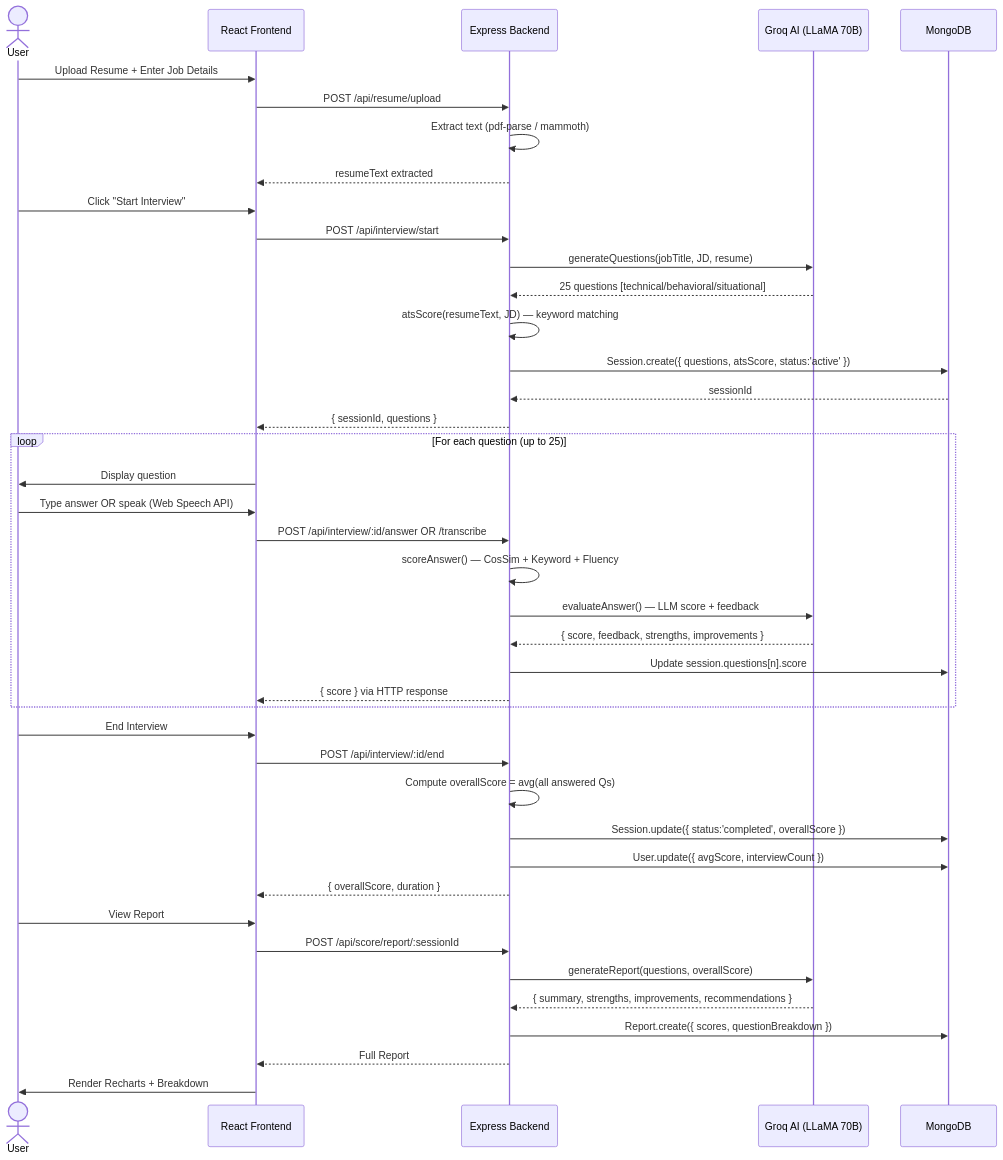
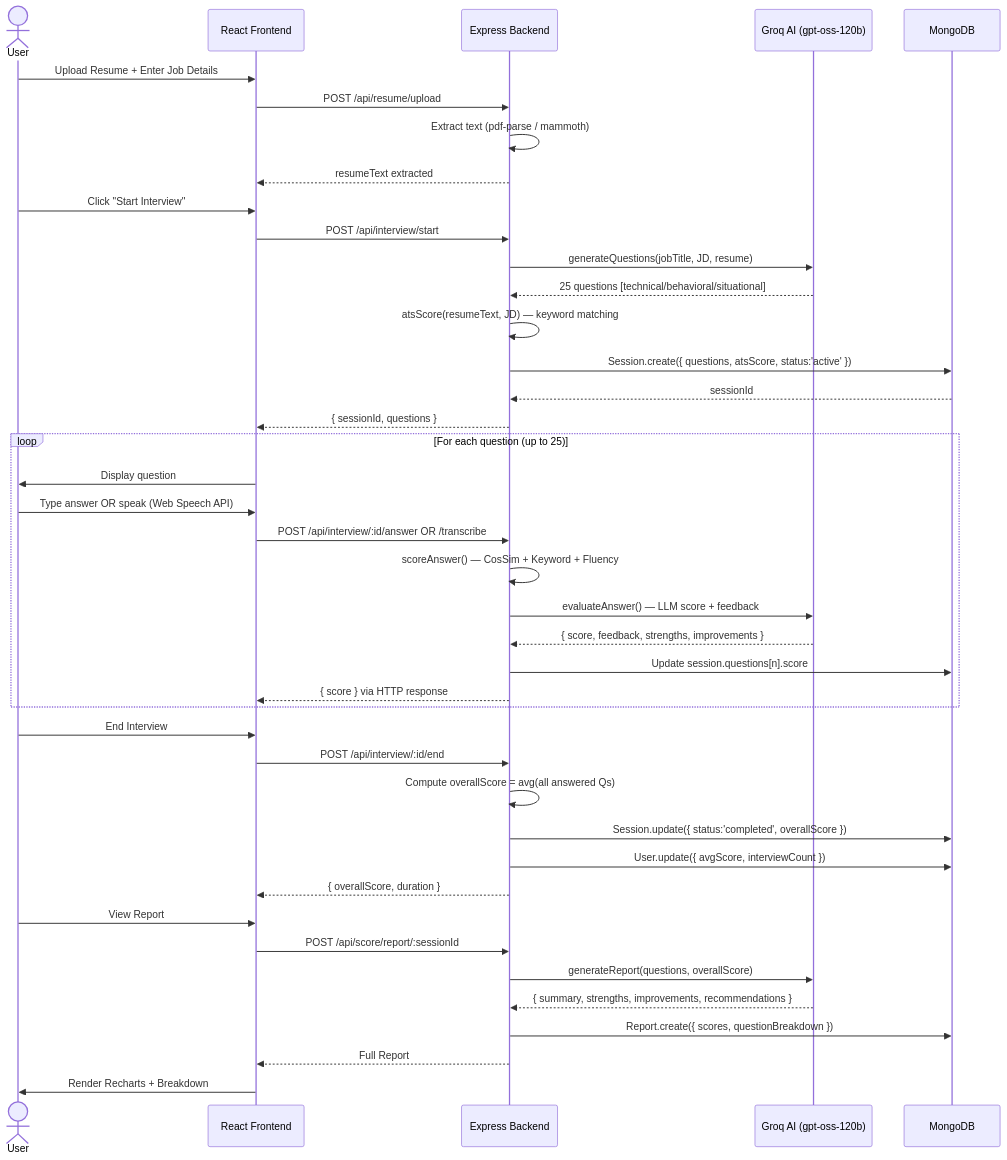
The second of 6 diagrams in README.md (a-negi1/InterviewAI), drawn with Mermaid before and after one commit. The commit also changed other lines of this file and 2 other files, not shown here.

````diff
--- a/README.md
+++ b/README.md
@@ -69,48 +69,48 @@
 ```mermaid
 sequenceDiagram
     actor User
     participant FE as React Frontend
     participant API as Express Backend
-    participant Groq as Groq AI (LLaMA 70B)
+    participant Groq as Groq AI (gpt-oss-120b)
     participant DB as MongoDB
 
     User->>FE: Upload Resume + Enter Job Details
     FE->>API: POST /api/resume/upload
     API->>API: Extract text (pdf-parse / mammoth)
     API-->>FE: resumeText extracted
 
     User->>FE: Click "Start Interview"
     FE->>API: POST /api/interview/start
     API->>Groq: generateQuestions(jobTitle, JD, resume)
     Groq-->>API: 25 questions [technical/behavioral/situational]
     API->>API: atsScore(resumeText, JD) — keyword matching
     API->>DB: Session.create({ questions, atsScore, status:'active' })
     DB-->>API: sessionId
     API-->>FE: { sessionId, questions }
 
     loop For each question (up to 25)
         FE->>User: Display question
         User->>FE: Type answer OR speak (Web Speech API)
         FE->>API: POST /api/interview/:id/answer OR /transcribe
         API->>API: scoreAnswer() — CosSim + Keyword + Fluency
         API->>Groq: evaluateAnswer() — LLM score + feedback
         Groq-->>API: { score, feedback, strengths, improvements }
         API->>DB: Update session.questions[n].score
         API-->>FE: { score } via HTTP response
     end
 
     User->>FE: End Interview
     FE->>API: POST /api/interview/:id/end
     API->>API: Compute overallScore = avg(all answered Qs)
     API->>DB: Session.update({ status:'completed', overallScore })
     API->>DB: User.update({ avgScore, interviewCount })
     API-->>FE: { overallScore, duration }
 
     User->>FE: View Report
     FE->>API: POST /api/score/report/:sessionId
     API->>Groq: generateReport(questions, overallScore)
     Groq-->>API: { summary, strengths, improvements, recommendations }
     API->>DB: Report.create({ scores, questionBreakdown })
     API-->>FE: Full Report
     FE->>User: Render Recharts + Breakdown
 ```
````
